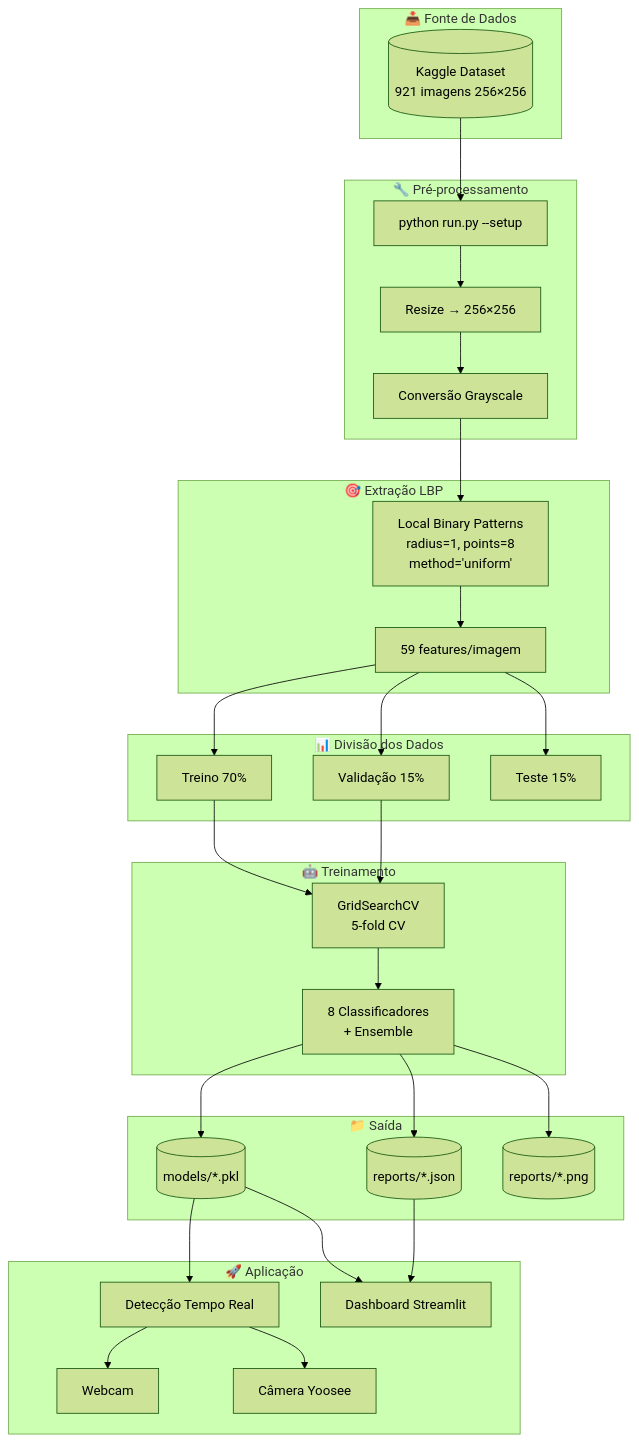
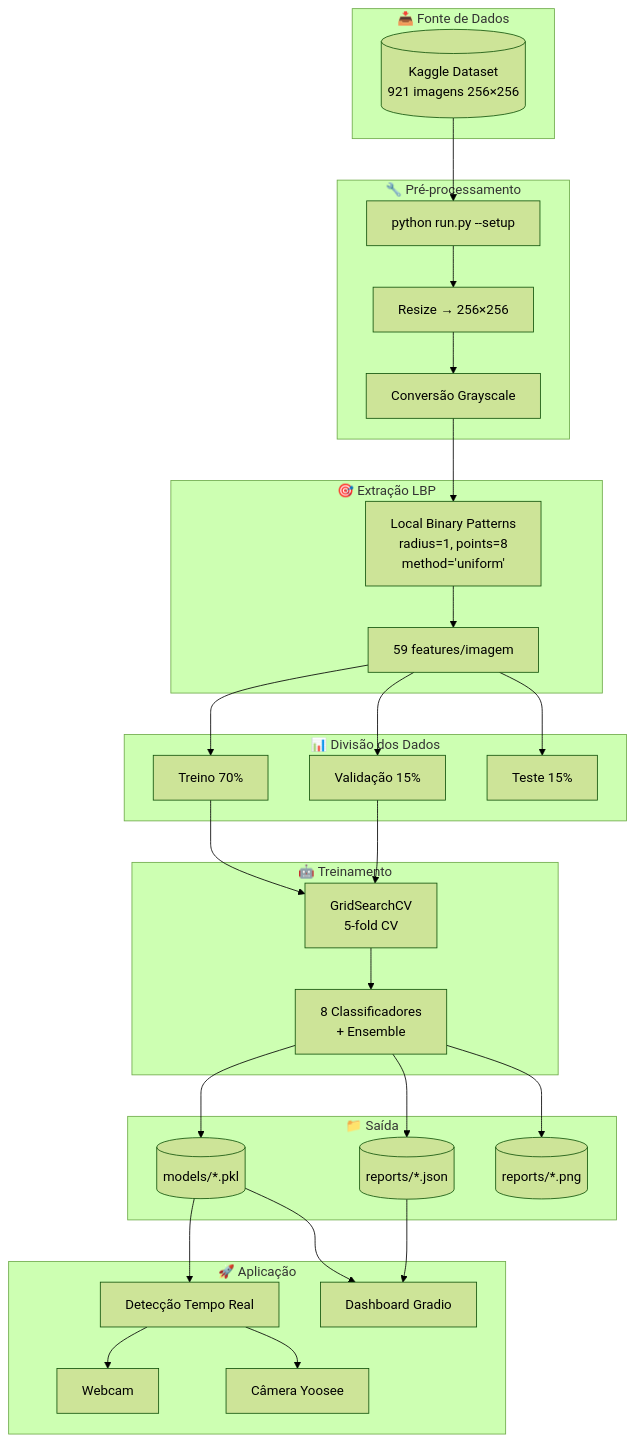
Before and after one commit to cavalcanteprofissional/human_recognition: the diagram in README.md, drawn with Mermaid (forest theme). The commit also changed other lines of this file and 6 other files, not shown here.

First line of the commit message:
feat: migrate from Streamlit to Gradio for Hugging Face Spaces deployment

````diff
--- a/README.md
+++ b/README.md
@@ -55,56 +68,56 @@
 ```mermaid
 flowchart TB
     subgraph FONTE["📥 Fonte de Dados"]
         KAGGLE[("Kaggle Dataset<br/>921 imagens 256×256")]
     end
 
     subgraph PREP["🔧 Pré-processamento"]
         DOWNLOAD["python run.py --setup"]
         RESIZE["Resize → 256×256"]
         GRAY["Conversão Grayscale"]
     end
 
     subgraph FEATURES["🎯 Extração LBP"]
         LBP["Local Binary Patterns<br/>radius=1, points=8<br/>method='uniform'"]
         FEAT["59 features/imagem"]
     end
 
     subgraph SPLIT["📊 Divisão dos Dados"]
         TRAIN["Treino 70%"]
         VAL["Validação 15%"]
         TEST["Teste 15%"]
     end
 
     subgraph TRAINING["🤖 Treinamento"]
         GRID["GridSearchCV<br/>5-fold CV"]
         MODELS["8 Classificadores<br/>+ Ensemble"]
     end
 
     subgraph OUTPUT["📁 Saída"]
         PKL[("models/*.pkl")]
         JSON[("reports/*.json")]
         PNG[("reports/*.png")]
     end
 
     subgraph APP["🚀 Aplicação"]
         DETECT["Detecção Tempo Real"]
         WEBCAM["Webcam"]
         YOOSEE["Câmera Yoosee"]
-        DASH["Dashboard Streamlit"]
+        DASH["Dashboard Gradio"]
     end
 
     KAGGLE --> DOWNLOAD
     DOWNLOAD --> RESIZE
     RESIZE --> GRAY
     GRAY --> LBP
     LBP --> FEAT
     FEAT --> TRAIN & VAL & TEST
     TRAIN --> GRID
     VAL --> GRID
     GRID --> MODELS
     MODELS --> PKL & JSON & PNG
     PKL --> DETECT
     DETECT --> WEBCAM & YOOSEE
     JSON --> DASH
     PKL --> DASH
 ```
````
